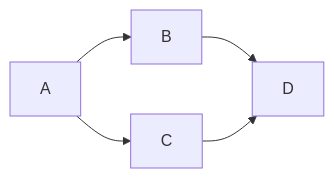
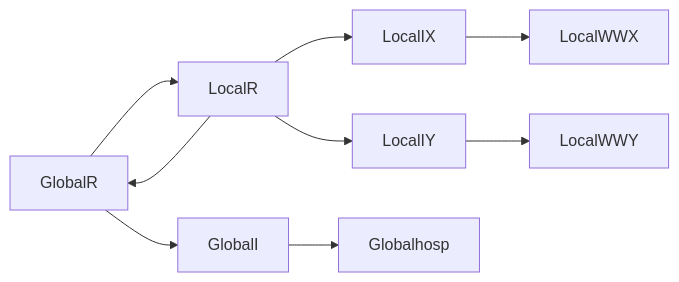
Before and after one commit to CDCgov/ww-inference-model: the diagram in model_definition.md, drawn with Mermaid.

Commit message:
Put in real structure in mermaid diagram

````diff
--- a/model_definition.md
+++ b/model_definition.md
@@ -20,7 +20,11 @@
 ```mermaid
 flowchart LR;
-    A-->B;
-    A-->C;
-    B-->D;
-    C-->D;
+    GlobalR --> GlobalI;
+    GlobalR --> LocalR;
+    LocalR --> GlobalR;
+    LocalR --> LocalIX
+    LocalR --> LocalIY
+    LocalIX --> LocalWWX
+    LocalIY --> LocalWWY
+    GlobalI --> Globalhosp
 ```
````
